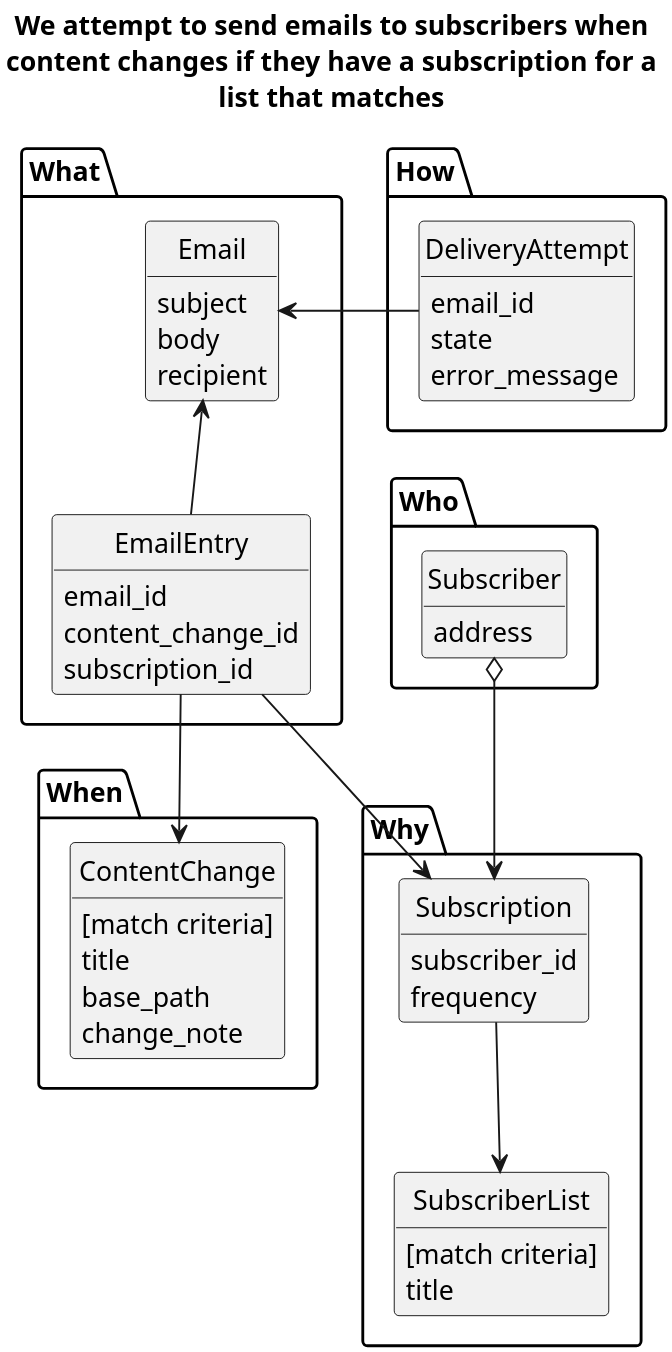
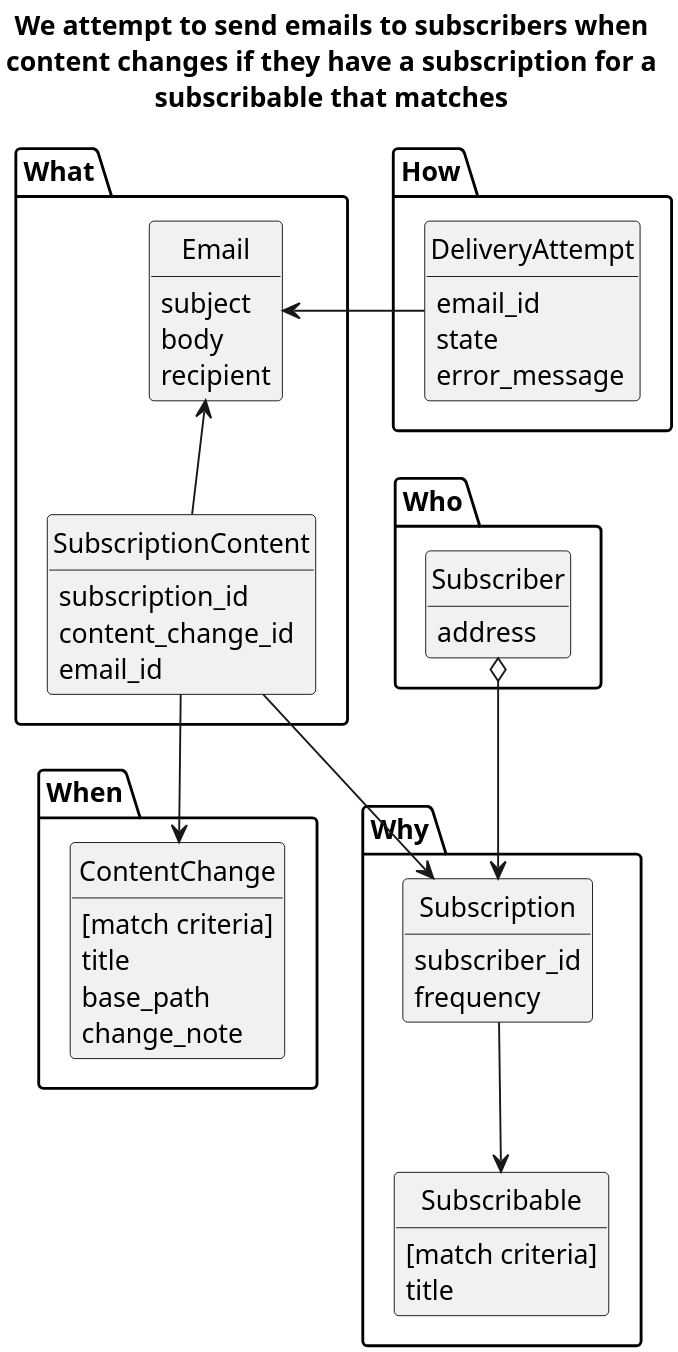
Before and after one commit to alphagov/email-alert-api: the diagram in doc/domain.puml, drawn with PlantUML. The commit also changed 3 other files, not shown here.

```diff
--- a/doc/domain.puml
+++ b/doc/domain.puml
@@ -1,70 +1,70 @@
 @startuml
 
 title We attempt to send emails to subscribers when\n\
 content changes if they have a subscription for a\n\
-list that matches
+subscribable that matches
 
 hide circle
 hide empty methods
 skinparam shadowing false
 skinparam dpi 300
 
 package "When" {
   class ContentChange {
     [match criteria]
     title
     base_path
     change_note
   }
 }
 
 package "Who" {
   class Subscriber {
     address
   }
 }
 
 package "Why" {
-  class SubscriberList {
+  class Subscribable {
     [match criteria]
     title
   }
 
   class Subscription {
     subscriber_id
     frequency
   }
 }
 
 package "What" {
-  class EmailEntry {
+  class SubscriptionContent {
+    subscription_id
+    content_change_id
     email_id
-    content_change_id
-    subscription_id
   }
 
   class Email {
     subject
     body
     recipient
   }
 }
 
 package "How" {
   class DeliveryAttempt {
     email_id
     state
     error_message
   }
 }
 
 Subscriber o-down-> Subscription
-Subscription -down-> SubscriberList
+Subscription -down-> Subscribable
 
-EmailEntry -down-> ContentChange
-EmailEntry -down-> Subscription
-EmailEntry -up-> Email
+SubscriptionContent -down-> Subscription
+SubscriptionContent -down-> ContentChange
+SubscriptionContent -up-> Email
 
 DeliveryAttempt -left-> Email
 
 @enduml
```
